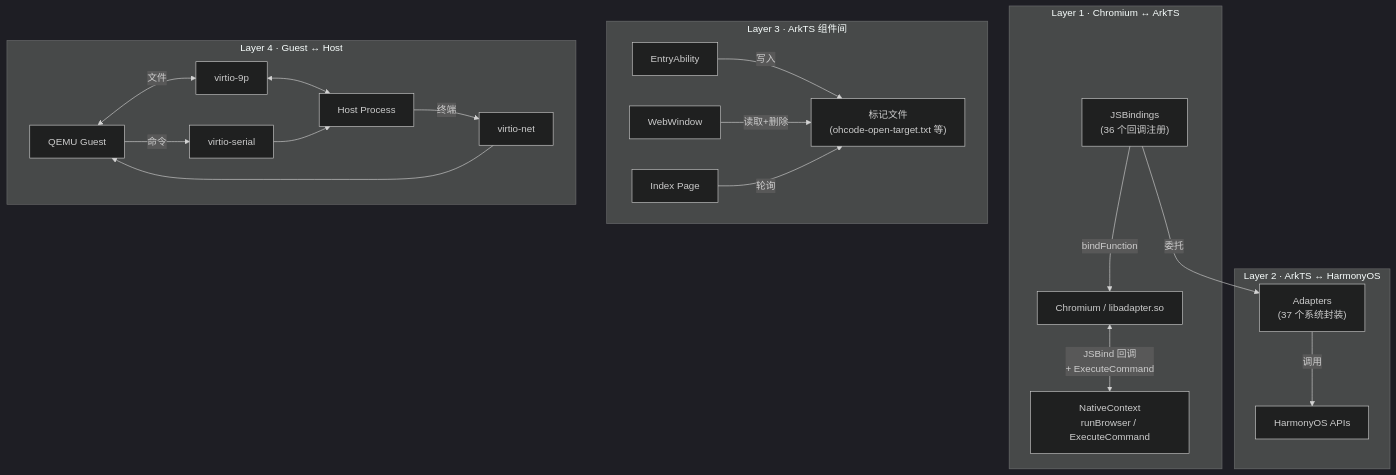
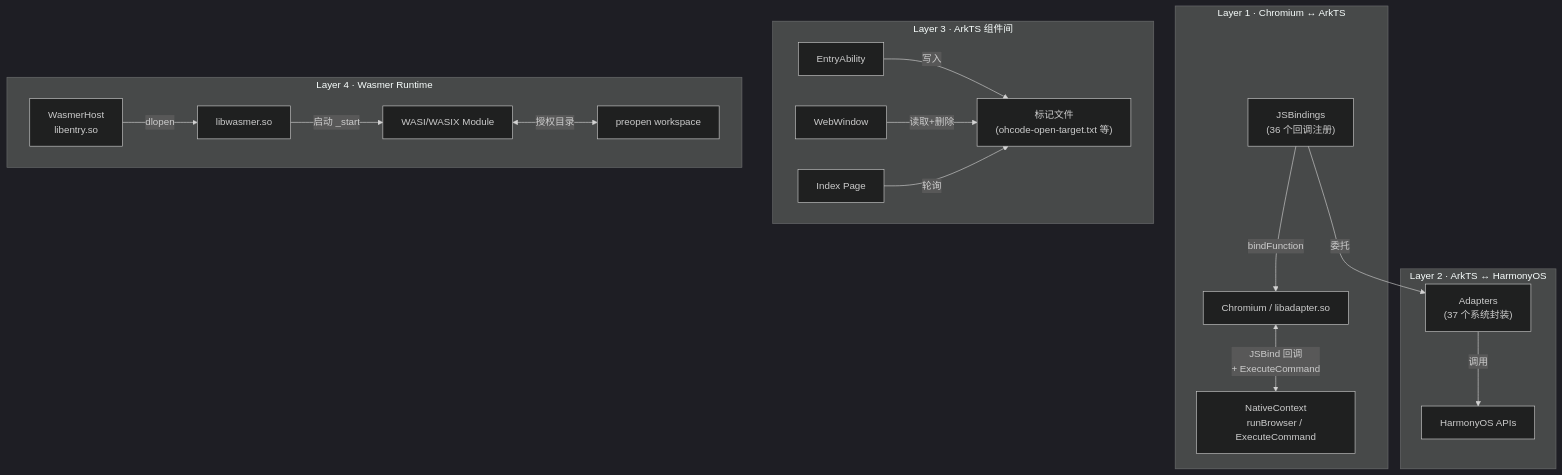
Before and after one commit to Multi-V-VM/CodifyOne-OH: diagram 12 of 12 in README.md, drawn with Mermaid (dark theme). The commit also changed other lines of this file and 29 other files, not shown here.

````diff
--- a/README.md
+++ b/README.md
@@ -858,40 +838,39 @@
 ```mermaid
 graph TB
     subgraph Layer1["Layer 1 · Chromium ↔ ArkTS"]
         CH["Chromium / libadapter.so"]
         JB["JSBindings<br/>(36 个回调注册)"]
         NC["NativeContext<br/>runBrowser / ExecuteCommand"]
     end
 
     subgraph Layer2["Layer 2 · ArkTS ↔ HarmonyOS"]
         AD["Adapters<br/>(37 个系统封装)"]
         HO["HarmonyOS APIs"]
     end
 
     subgraph Layer3["Layer 3 · ArkTS 组件间"]
         EA["EntryAbility"]
         WW["WebWindow"]
         IDX["Index Page"]
         MF["标记文件<br/>(ohcode-open-target.txt 等)"]
     end
 
-    subgraph Layer4["Layer 4 · Guest ↔ Host"]
-        QG["QEMU Guest"]
-        V9["virtio-9p"]
-        VS["virtio-serial"]
-        VN["virtio-net"]
-        HP["Host Process"]
+    subgraph Layer4["Layer 4 · Wasmer Runtime"]
+        WH["WasmerHost<br/>libentry.so"]
+        LW["libwasmer.so"]
+        WM["WASI/WASIX Module"]
+        WF["preopen workspace"]
     end
 
     CH <-->|"JSBind 回调<br/>+ ExecuteCommand"| NC
     JB -->|bindFunction| CH
     AD -->|"调用"| HO
     JB -->|"委托"| AD
     EA -->|"写入"| MF
     WW -->|"读取+删除"| MF
     IDX -->|"轮询"| MF
 
-    QG <-->|"文件"| V9 <--> HP
-    QG -->|"命令"| VS --> HP
-    HP -->|"终端"| VN --> QG
+    WH -->|"dlopen"| LW
+    LW -->|"启动 _start"| WM
+    WM <-->|"授权目录"| WF
 ```
````
